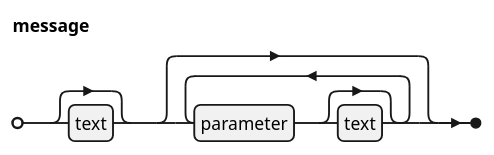
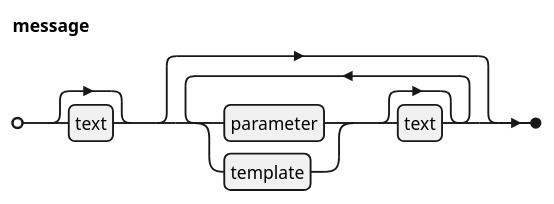
The first of 11 diagrams in documentation/src/docs/usermanual/message.adoc (jgremmen/message-format), drawn with PlantUML before and after one commit. The commit also changed other lines of this file and 3 other files, not shown here.

```diff
--- a/documentation/src/docs/usermanual/message.adoc
+++ b/documentation/src/docs/usermanual/message.adoc
@@ -46,7 +50,7 @@
 [plantuml,message,svg,align=left]
 ....
 @startebnf
 skinparam backgroundColor transparent
-message = [text], { parameter, [text] };
+message = [text], { (parameter | template), [text] };
 @endebnf
 ....
```
